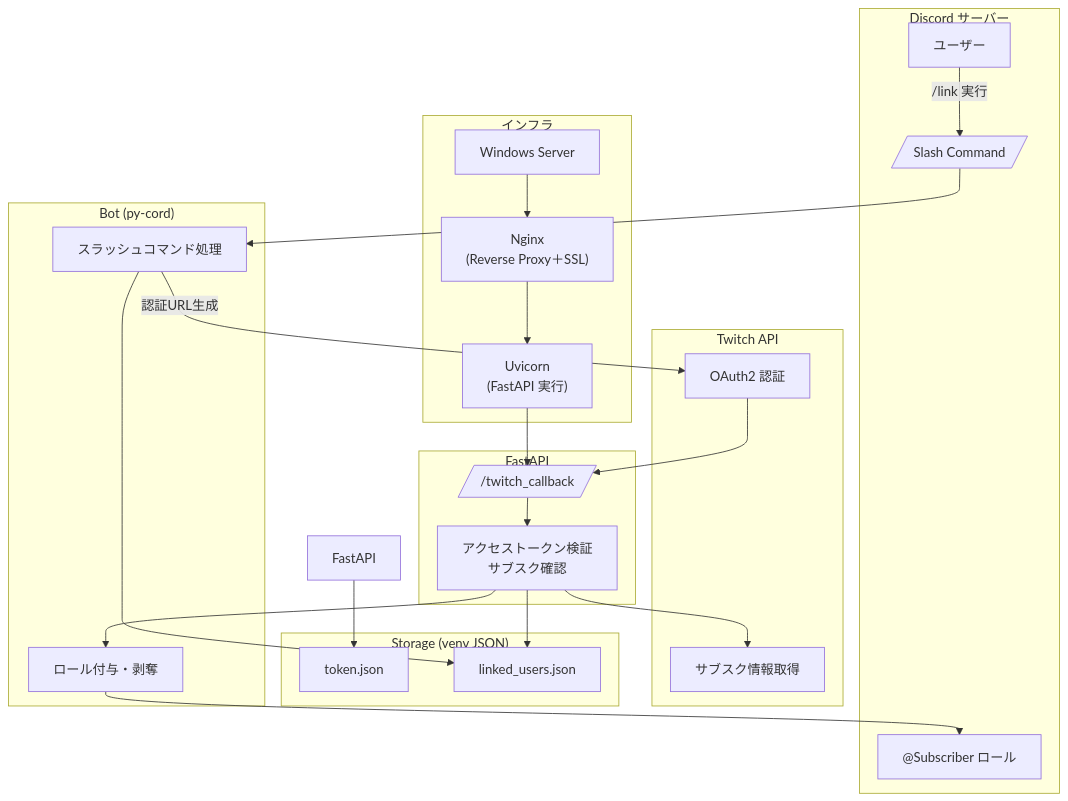
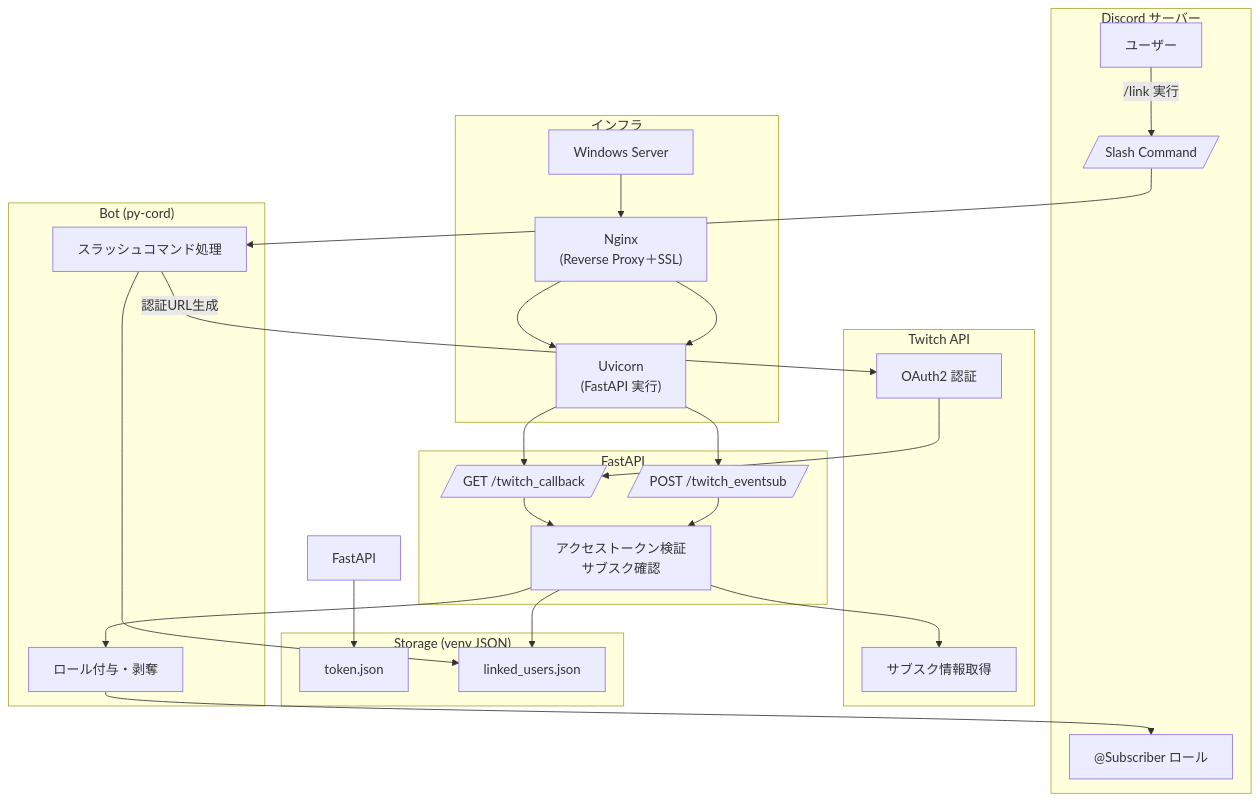
One commit to NAKANORyunosuke/NAKANORyunosuke.github.io changed the second of 2 diagrams in _projects/twitch-discord-bot.md. Above: the diagram before and after it, drawn with Mermaid. The commit also changed other lines of this file, not shown here.

```diff
--- a/_projects/twitch-discord-bot.md
+++ b/_projects/twitch-discord-bot.md
@@ -81,51 +67,54 @@
 <div class="mermaid" markdown="0">
 %%{init: {
   "flowchart": { "htmlLabels": true, "useMaxWidth": true, "nodeSpacing": 25, "rankSpacing": 35 },
   "themeVariables": { "fontFamily": "Noto Sans JP, Meiryo, Arial, sans-serif" }
 }}%%
 flowchart TD
 
 subgraph Layer1["インフラ"]
   WS["Windows Server"]
   Nginx["Nginx<br/>(Reverse Proxy＋SSL)"]
   Uvicorn["Uvicorn<br/>(FastAPI 実行)"]
 end
 
 subgraph Layer2["FastAPI"]
-  CB[/ /twitch_callback /]
+  CB[/ GET /twitch_callback /]
+  ES[/ POST /twitch_eventsub /]
   VERIFY["アクセストークン検証<br/>サブスク確認"]
 end
 
 subgraph Layer3["Twitch API"]
   AUTH["OAuth2 認証"]
   SUBS["サブスク情報取得"]
 end
 
 subgraph Layer4["Storage (venv JSON)"]
   TOKENS["token.json"]
   USERS["linked_users.json"]
 end
 
 subgraph Layer5["Bot (py-cord)"]
   CMD["スラッシュコマンド処理"]
   ROLE_OPS["ロール付与・剥奪"]
 end
 
 subgraph Layer6["Discord サーバー"]
   U[ユーザー]
   SC[/Slash Command/]
   SUBROLE["@Subscriber ロール"]
 end
 
 %% フロー
 U -->|/link 実行| SC --> CMD
 CMD -->|認証URL生成| AUTH
 AUTH --> CB
+ES --> VERIFY
 CB --> VERIFY --> SUBS
 VERIFY --> USERS
 VERIFY --> ROLE_OPS --> SUBROLE
 
 CMD --> USERS
 FastAPI --> TOKENS
 WS --> Nginx --> Uvicorn --> CB
+Nginx --> Uvicorn --> ES
 </div>
```
